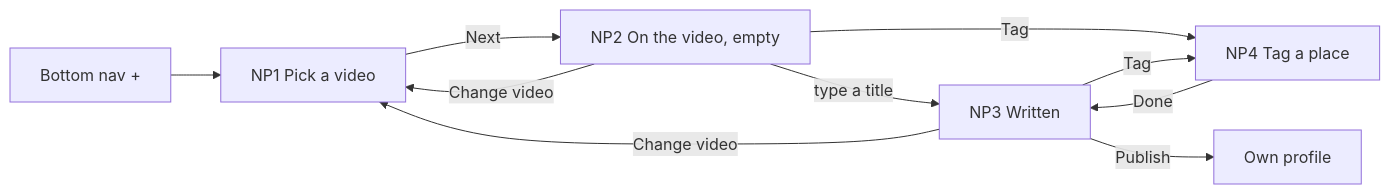
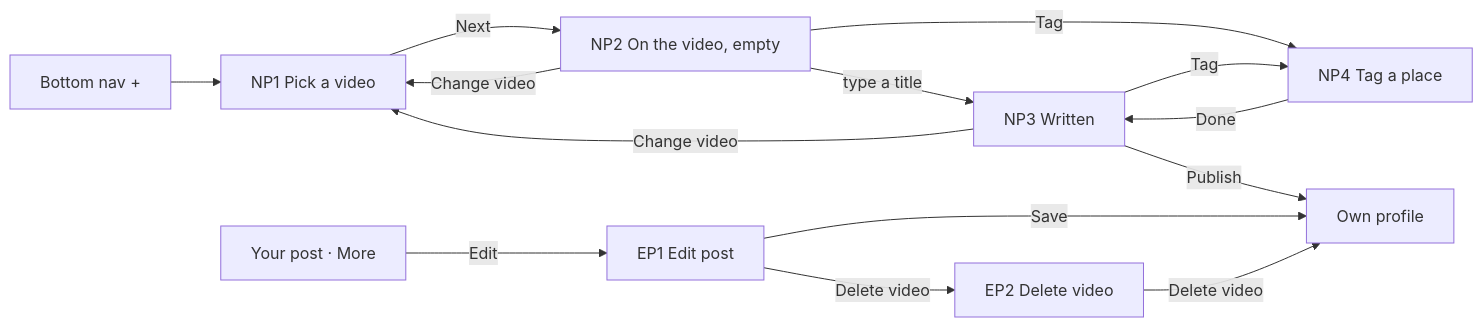
The tenth of 10 diagrams in design-handoff/docs/05-flows.md (VladRachita/merg-harness-test), drawn with Mermaid before and after one commit. The commit also changed other lines of this file and 23 other files, not shown here.

First line of the commit message:
Add Edit post and Delete video, drop the New post open questions

````diff
--- a/design-handoff/docs/05-flows.md
+++ b/design-handoff/docs/05-flows.md
@@ -174,10 +174,14 @@
 ```mermaid
 flowchart LR
   NAV[Bottom nav +] --> NP1[NP1 Pick a video]
   NP1 -- Next --> NP2[NP2 On the video, empty]
   NP2 -- type a title --> NP3[NP3 Written]
   NP2 & NP3 -- Tag --> NP4[NP4 Tag a place]
   NP4 -- Done --> NP3
   NP2 & NP3 -- Change video --> NP1
   NP3 -- Publish --> PROF[Own profile]
+  POST[Your post · More] -- Edit --> EP1[EP1 Edit post]
+  EP1 -- Save --> PROF
+  EP1 -- Delete video --> EP2[EP2 Delete video]
+  EP2 -- Delete video --> PROF
 ```
````
